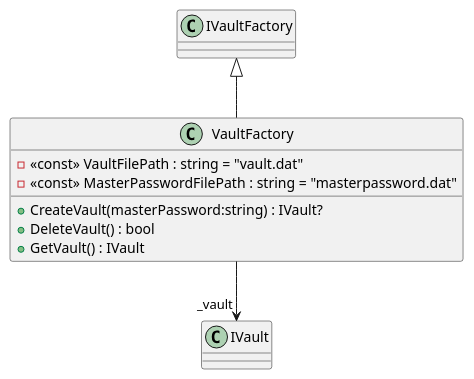
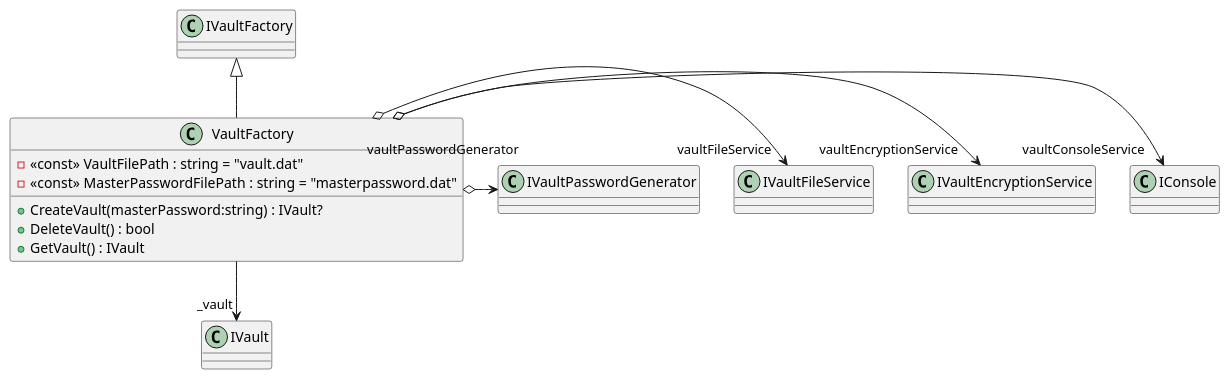
One commit to BeierKevin/KeyVaultCLI changed the diagram in uml/src/KeyVaultCli.Domain/Factories/VaultFactory.puml. Above: the diagram before and after it, drawn with PlantUML. The commit also changed 16 other files, not shown here.

```diff
--- a/uml/src/KeyVaultCli.Domain/Factories/VaultFactory.puml
+++ b/uml/src/KeyVaultCli.Domain/Factories/VaultFactory.puml
@@ -1,11 +1,15 @@
 @startuml
 class VaultFactory {
     - <<const>> VaultFilePath : string = "vault.dat"
     - <<const>> MasterPasswordFilePath : string = "masterpassword.dat"
     + CreateVault(masterPassword:string) : IVault?
     + DeleteVault() : bool
     + GetVault() : IVault
 }
 IVaultFactory <|-- VaultFactory
 VaultFactory --> "_vault" IVault
+VaultFactory o-> "vaultConsoleService" IConsole
+VaultFactory o-> "vaultEncryptionService" IVaultEncryptionService
+VaultFactory o-> "vaultFileService" IVaultFileService
+VaultFactory o-> "vaultPasswordGenerator" IVaultPasswordGenerator
 @enduml
```
